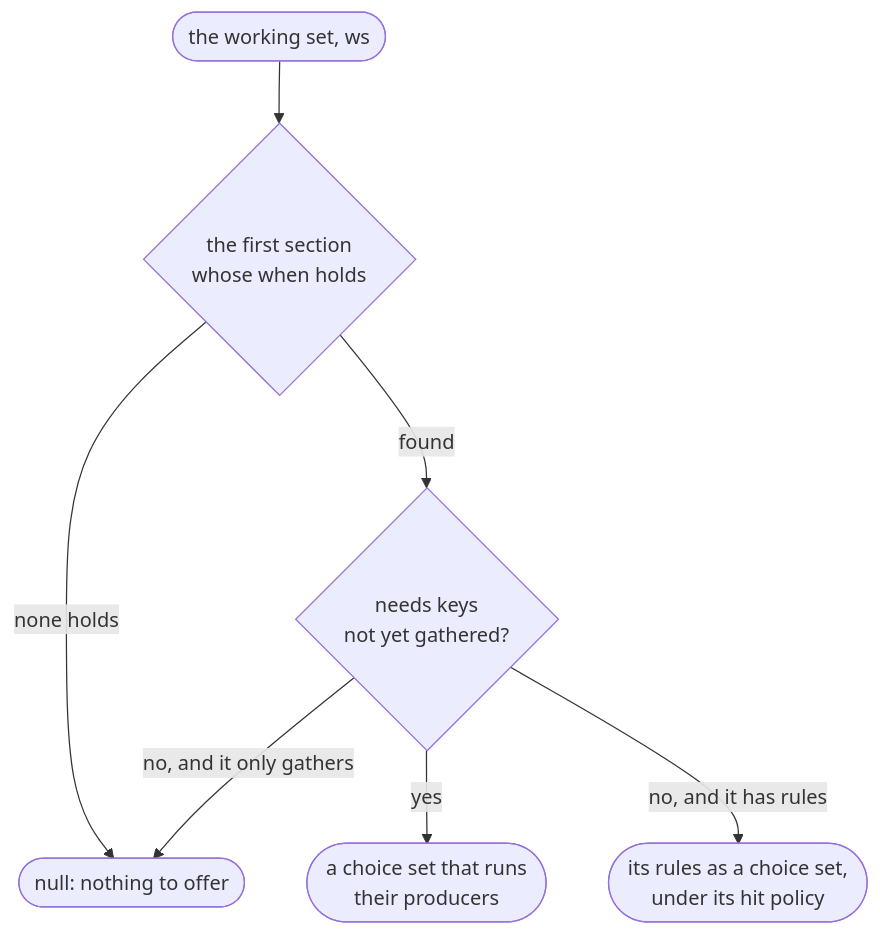
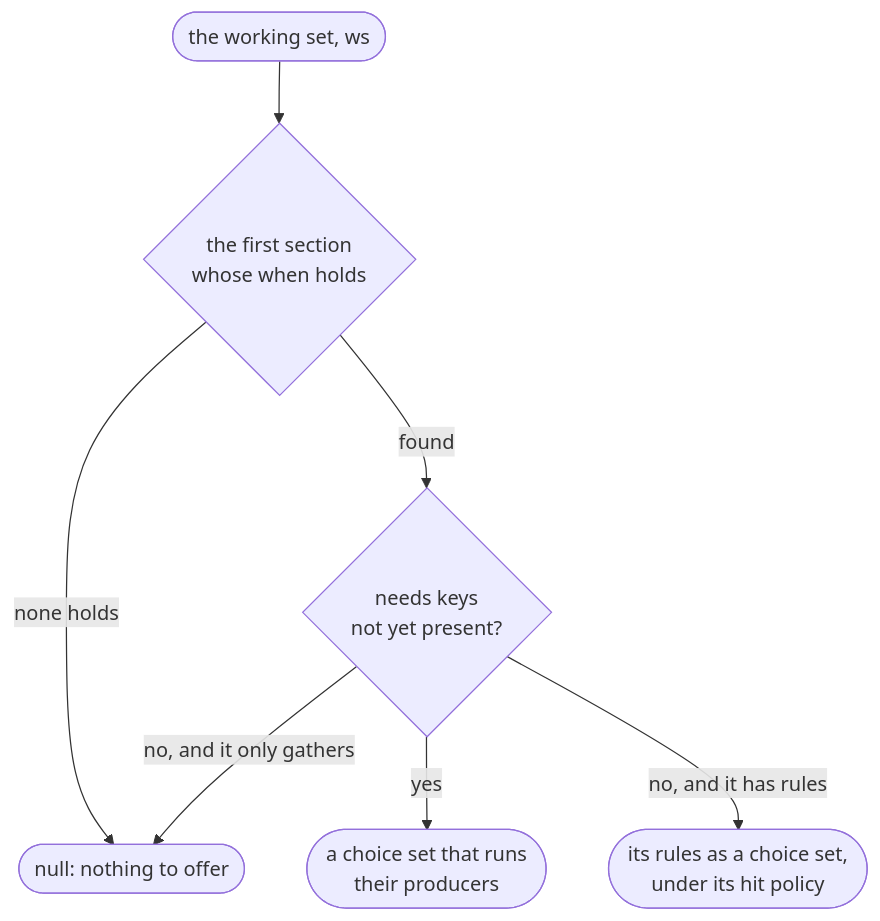
One commit to csepulv/belaykit changed the diagram in documentation/rulebooks.md. Above: the diagram before and after it, drawn with Mermaid. The commit also changed other lines of this file and 83 other files, not shown here.

````diff
--- a/documentation/rulebooks.md
+++ b/documentation/rulebooks.md
@@ -72,9 +75,9 @@
 ```mermaid
 flowchart TD
     WS(["the working set, ws"]) --> Section{"the first section<br/>whose when holds"}
     Section -->|"none holds"| Null(["null: nothing to offer"])
-    Section -->|"found"| Needs{"needs keys<br/>not yet gathered?"}
+    Section -->|"found"| Needs{"needs keys<br/>not yet present?"}
     Needs -->|"yes"| Gather(["a choice set that runs<br/>their producers"])
     Needs -->|"no, and it has rules"| Rules(["its rules as a choice set,<br/>under its hit policy"])
     Needs -->|"no, and it only gathers"| Null
 ```
````
